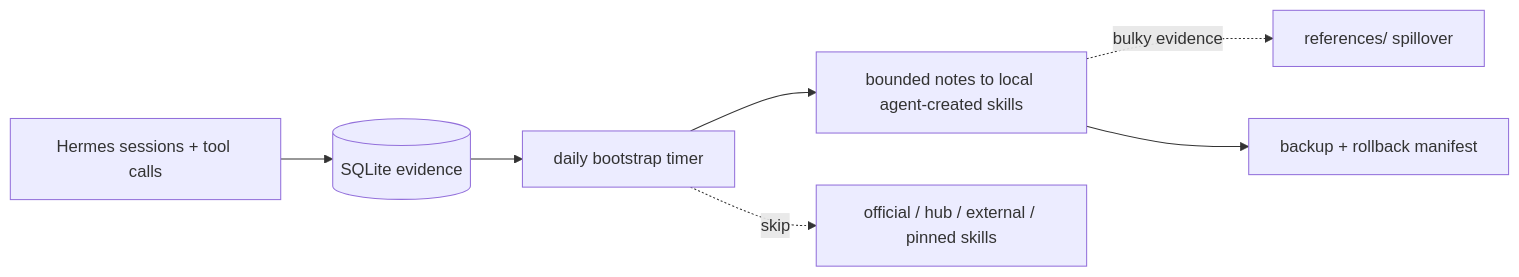
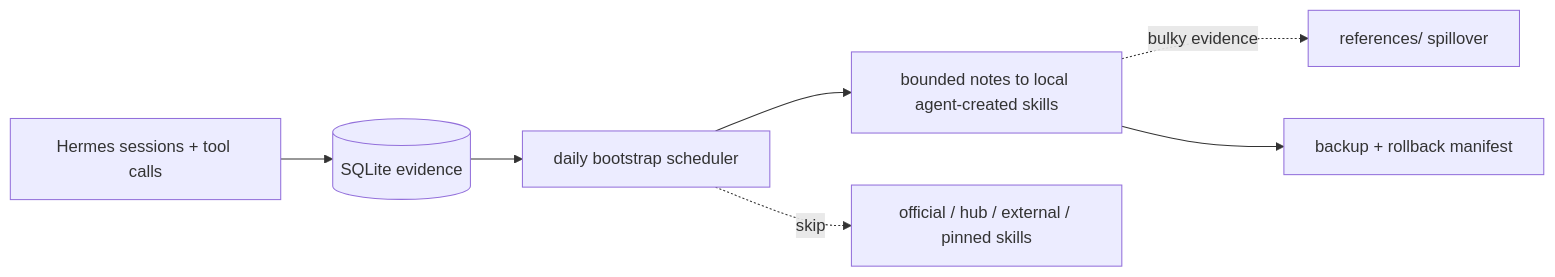
The first of 2 diagrams in README.md (pingchesu/hermes-curator-evolver), drawn with Mermaid before and after one commit. The commit also changed other lines of this file and 7 other files, not shown here.

````diff
--- a/README.md
+++ b/README.md
@@ -99,9 +104,9 @@
 ```mermaid
 flowchart LR
     S[Hermes sessions + tool calls] --> DB[(SQLite evidence)]
-    DB --> T[daily bootstrap timer]
+    DB --> T[daily bootstrap scheduler]
     T --> A[bounded notes to local agent-created skills]
     A -. bulky evidence .-> REF[references/ spillover]
     T -. skip .-> P[official / hub / external / pinned skills]
     A --> B[backup + rollback manifest]
 ```
````
